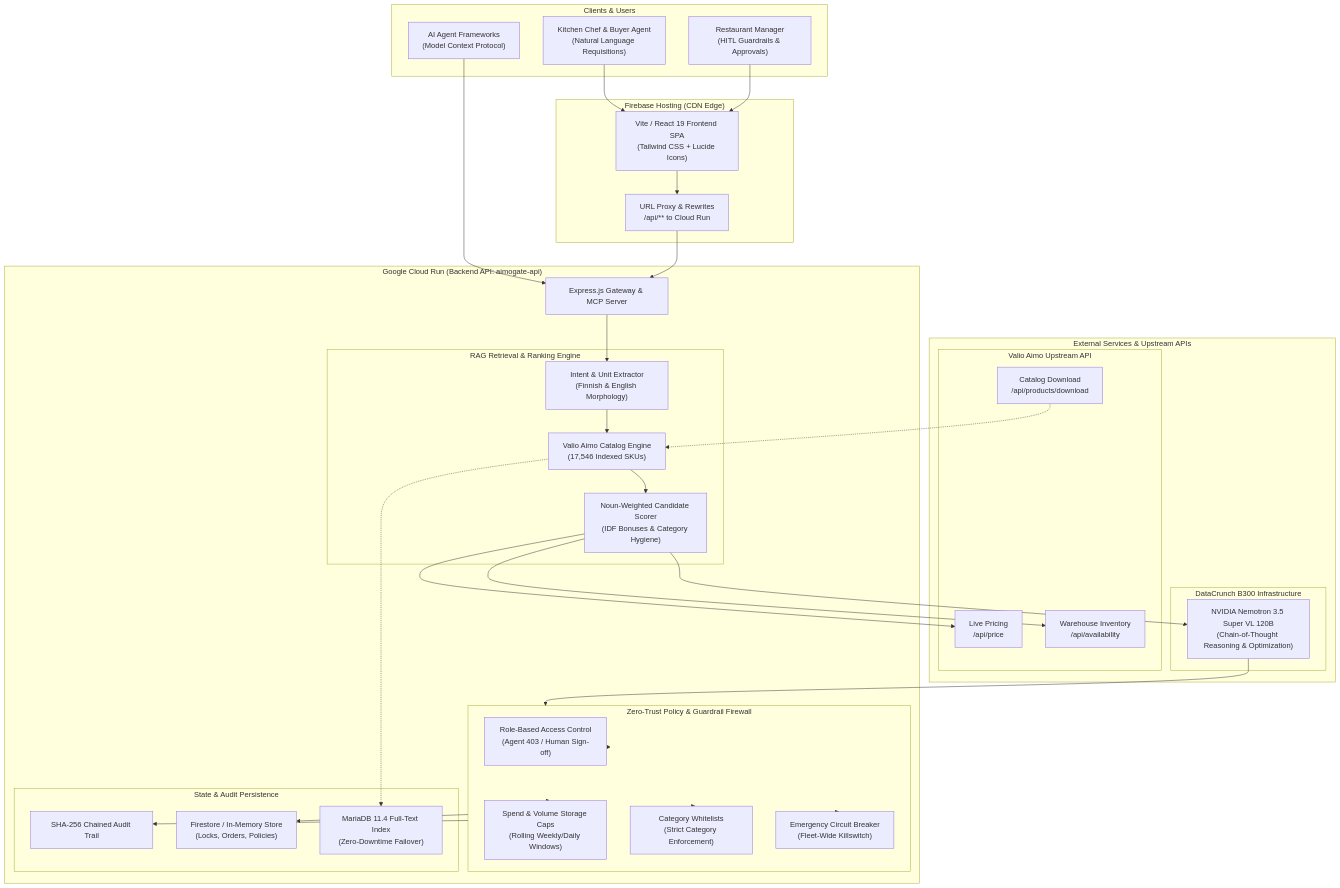
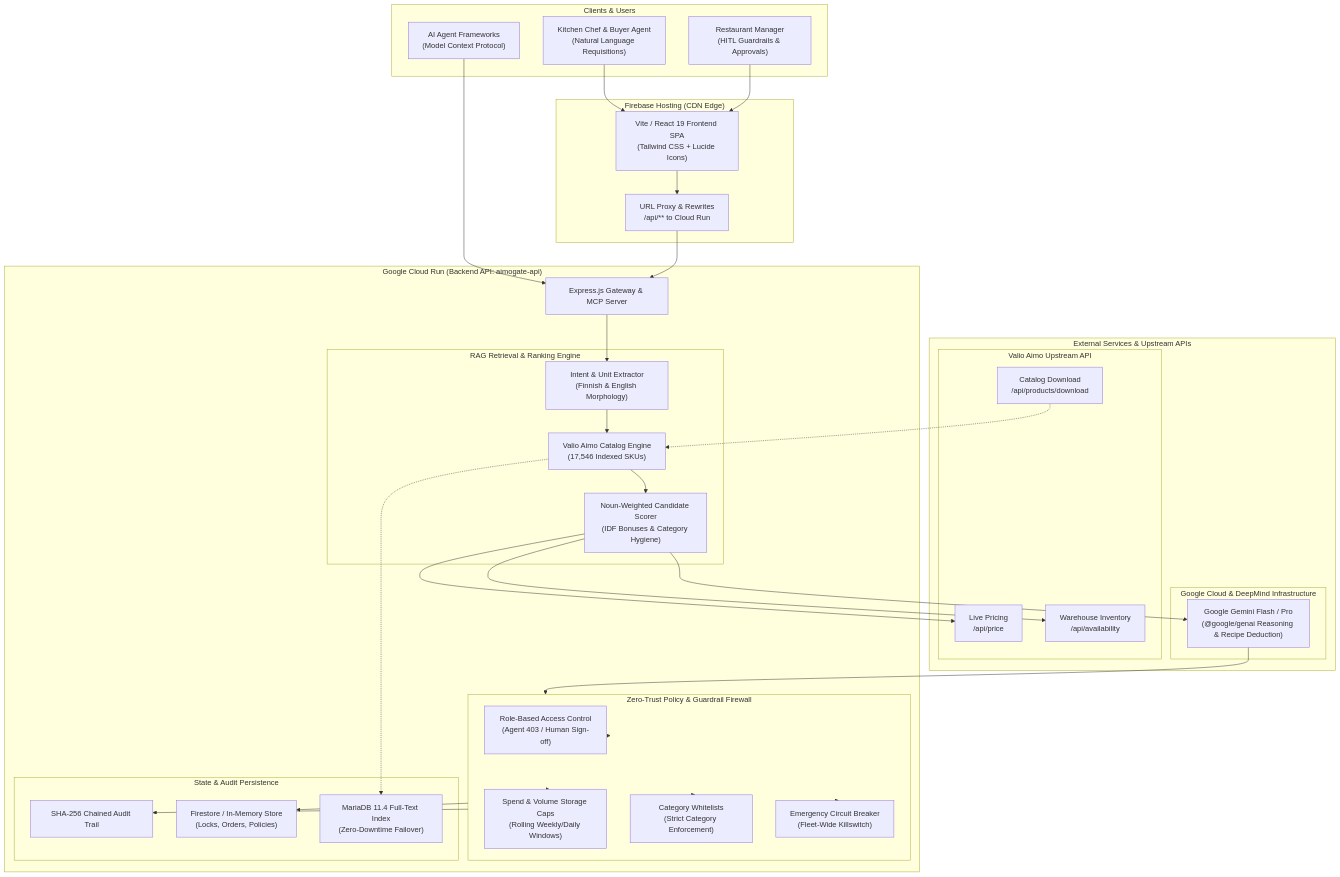
The diagram in README.md (antonTan96/junction_26_aimo_google), drawn with Mermaid before and after one commit. The commit also changed other lines of this file and 7 other files, not shown here.

Commit message:
fix(rag): route UI workflows to Google Gemini RAG pipeline, sanitize prompt directives, and decouple Nemotron

````diff
--- a/README.md
+++ b/README.md
@@ -34,74 +34,74 @@
 ```mermaid
 flowchart TD
     subgraph Clients["Clients & Users"]
         Chef["Kitchen Chef & Buyer Agent<br/>(Natural Language Requisitions)"]
         Manager["Restaurant Manager<br/>(HITL Guardrails & Approvals)"]
         MCPClient["AI Agent Frameworks<br/>(Model Context Protocol)"]
     end
 
     subgraph Firebase["Firebase Hosting (CDN Edge)"]
         SPA["Vite / React 19 Frontend SPA<br/>(Tailwind CSS + Lucide Icons)"]
         Rewrite["URL Proxy & Rewrites<br/>/api/** to Cloud Run"]
     end
 
     subgraph CloudRun["Google Cloud Run (Backend API: aimogate-api)"]
         API["Express.js Gateway & MCP Server"]
         
         subgraph RAGCore["RAG Retrieval & Ranking Engine"]
             IntentParser["Intent & Unit Extractor<br/>(Finnish & English Morphology)"]
             CatalogIndex["Valio Aimo Catalog Engine<br/>(17,546 Indexed SKUs)"]
             CandidateScorer["Noun-Weighted Candidate Scorer<br/>(IDF Bonuses & Category Hygiene)"]
         end
 
         subgraph Firewall["Zero-Trust Policy & Guardrail Firewall"]
             RBAC["Role-Based Access Control<br/>(Agent 403 / Human Sign-off)"]
             Caps["Spend & Volume Storage Caps<br/>(Rolling Weekly/Daily Windows)"]
             Whitelist["Category Whitelists<br/>(Strict Category Enforcement)"]
             Killswitch["Emergency Circuit Breaker<br/>(Fleet-Wide Killswitch)"]
         end
 
         subgraph Storage["State & Audit Persistence"]
             AuditLog["SHA-256 Chained Audit Trail"]
             Firestore["Firestore / In-Memory Store<br/>(Locks, Orders, Policies)"]
             MariaDB["MariaDB 11.4 Full-Text Index<br/>(Zero-Downtime Failover)"]
         end
     end
 
     subgraph External["External Services & Upstream APIs"]
-        subgraph DataCrunch["DataCrunch B300 Infrastructure"]
-            Nemotron["NVIDIA Nemotron 3.5 Super VL 120B<br/>(Chain-of-Thought Reasoning & Optimization)"]
+        subgraph GoogleAI["Google Cloud & DeepMind Infrastructure"]
+            Gemini["Google Gemini Flash / Pro<br/>(@google/genai Reasoning & Recipe Deduction)"]
         end
 
         subgraph ValioAPI["Valio Aimo Upstream API"]
             ValioCatalog["Catalog Download<br/>/api/products/download"]
             ValioPrice["Live Pricing<br/>/api/price"]
             ValioStock["Warehouse Inventory<br/>/api/availability"]
         end
     end
 
     Chef --> SPA
     Manager --> SPA
     MCPClient --> API
     SPA --> Rewrite
     Rewrite --> API
 
     API --> IntentParser
     IntentParser --> CatalogIndex
     CatalogIndex --> CandidateScorer
     CatalogIndex -.-> MariaDB
     CandidateScorer --> ValioPrice
     CandidateScorer --> ValioStock
     
-    CandidateScorer --> Nemotron
-    Nemotron --> Firewall
+    CandidateScorer --> Gemini
+    Gemini --> Firewall
     
     Firewall --> RBAC
     Firewall --> Caps
     Firewall --> Whitelist
     Firewall --> Killswitch
     
     Firewall --> Firestore
     Firewall --> AuditLog
     
     ValioCatalog -.-> CatalogIndex
 ```
````
